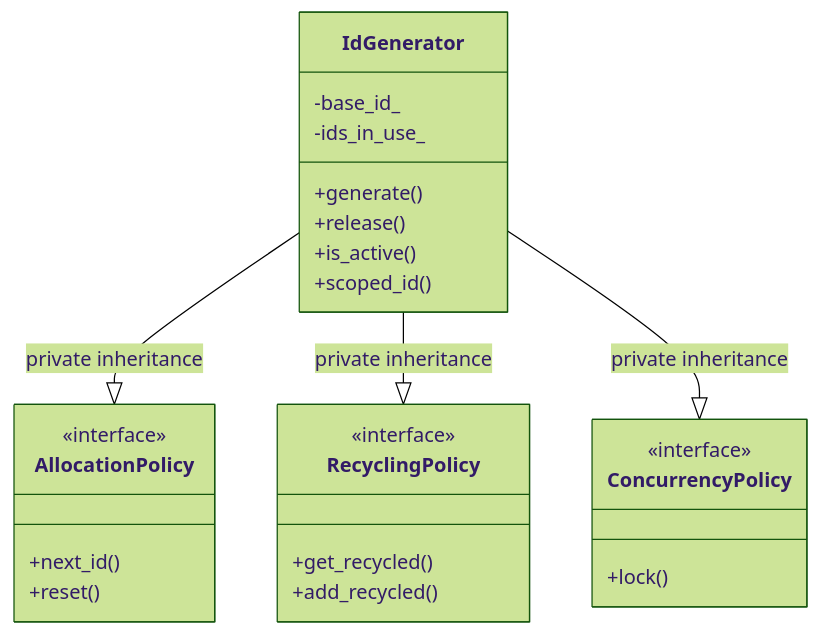
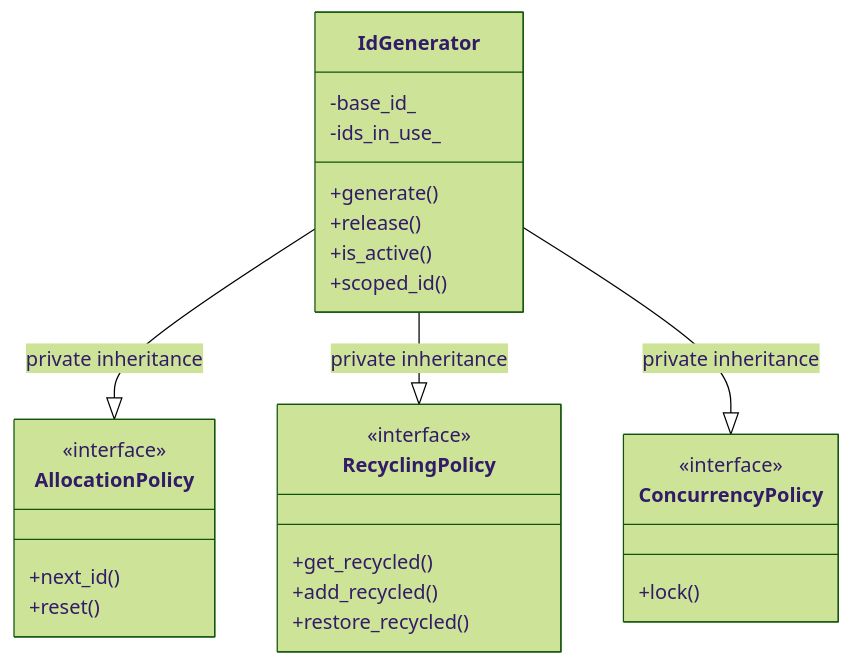
One commit to schroedermatthew/FatP changed the first of 3 diagrams in components/IdGenerator/docs/User Manual - IdGenerator.md. Above: the diagram before and after it, drawn with Mermaid (forest theme). The commit also changed other lines of this file and 4 other files, not shown here.

````diff
--- a/components/IdGenerator/docs/User Manual - IdGenerator.md
+++ b/components/IdGenerator/docs/User Manual - IdGenerator.md
@@ -149,32 +153,33 @@
 ```mermaid
 classDiagram
     class IdGenerator {
         -base_id_
         -ids_in_use_
         +generate()
         +release()
         +is_active()
         +scoped_id()
     }
     
     class AllocationPolicy {
         <<interface>>
         +next_id()
         +reset()
     }
     
     class RecyclingPolicy {
         <<interface>>
         +get_recycled()
         +add_recycled()
+        +restore_recycled()
     }
     
     class ConcurrencyPolicy {
         <<interface>>
         +lock()
     }
     
     IdGenerator --|> AllocationPolicy : private inheritance
     IdGenerator --|> RecyclingPolicy : private inheritance
     IdGenerator --|> ConcurrencyPolicy : private inheritance
 ```
````
